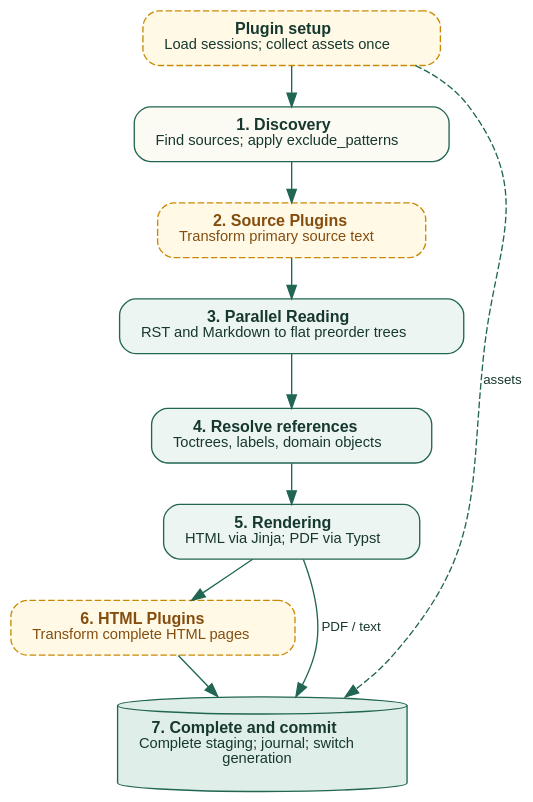
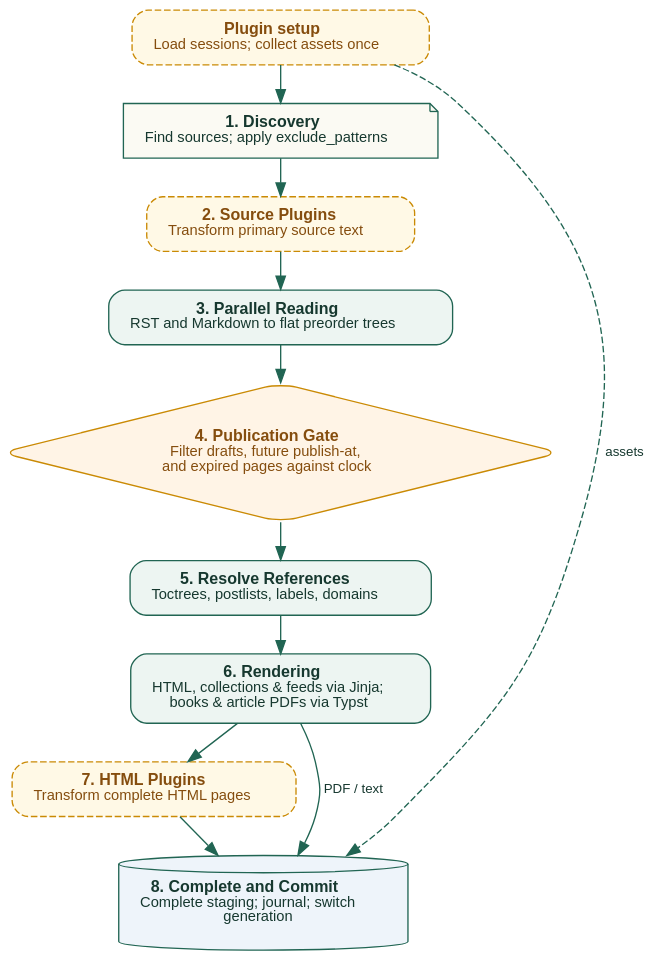
The diagram in docs/manual/topics/projects.rst (insanai/guidedog), drawn with Graphviz before and after one commit. The commit also changed other lines of this file and 12 other files, not shown here.

Commit message:
docs: expand manual reference, guides and diagrams for static publishing

```diff
--- a/docs/manual/topics/projects.rst
+++ b/docs/manual/topics/projects.rst
@@ -9,25 +9,26 @@
 .. graphviz::
    :class: graphviz-adaptive
-   :caption: Guidedog's end-to-end documentation compilation pipeline.
-   :alt: Pipeline traverses discovery, source plugins, parallel reading, reference resolution, rendering, HTML plugins, and atomic staging.
+   :caption: Guidedog's end-to-end documentation and static site compilation pipeline.
+   :alt: Pipeline traverses discovery, source plugins, parallel reading, publication gate, reference resolution, rendering, HTML plugins, and atomic staging.
 
    digraph project_pipeline {
-     graph [rankdir=TB, bgcolor="transparent", pad="0.3", nodesep="0.4", ranksep="0.4"];
+     graph [rankdir=TB, bgcolor="transparent", pad="0.3", nodesep="0.4", ranksep="0.38"];
      node [shape=box, style="rounded,filled", fillcolor="#edf5f2",
            color="#216553", fontname="Helvetica", fontcolor="#16382f", fontsize=12, margin="0.22,0.12"];
      edge [color="#216553", fontname="Helvetica", fontcolor="#16382f", fontsize=10];
 
-     setup [class="gd-plugin", label=<<B>Plugin setup</B><BR/><FONT POINT-SIZE="11">Load sessions; collect assets once</FONT>>, style="rounded,dashed,filled", fillcolor="#fff9e6", color="#ca8a04"];
-     discover [class="gd-input", label=<<B>1. Discovery</B><BR/><FONT POINT-SIZE="11">Find sources; apply exclude_patterns</FONT>>, fillcolor="#fbfaf3"];
+     setup [class="gd-plugin", label=<<B>Plugin setup</B><BR/><FONT POINT-SIZE="11">Load sessions; collect assets once</FONT>>, style="rounded,dashed,filled", fillcolor="#fff9e6", color="#ca8a04", fontcolor="#854d0e"];
+     discover [class="gd-input", shape=note, label=<<B>1. Discovery</B><BR/><FONT POINT-SIZE="11">Find sources; apply exclude_patterns</FONT>>, fillcolor="#fbfaf3"];
      source_hook [class="gd-plugin", label=<<B>2. Source Plugins</B><BR/><FONT POINT-SIZE="11">Transform primary source text</FONT>>, style="rounded,dashed,filled", fillcolor="#fff9e6", color="#ca8a04", fontcolor="#854d0e"];
      parse [label=<<B>3. Parallel Reading</B><BR/><FONT POINT-SIZE="11">RST and Markdown to flat preorder trees</FONT>>, fillcolor="#edf5f2"];
-     resolve [label=<<B>4. Resolve references</B><BR/><FONT POINT-SIZE="11">Toctrees, labels, domain objects</FONT>>, fillcolor="#edf5f2"];
-     render [label=<<B>5. Rendering</B><BR/><FONT POINT-SIZE="11">HTML via Jinja; PDF via Typst</FONT>>, fillcolor="#edf5f2"];
-     html_hook [class="gd-plugin", label=<<B>6. HTML Plugins</B><BR/><FONT POINT-SIZE="11">Transform complete HTML pages</FONT>>, style="rounded,dashed,filled", fillcolor="#fff9e6", color="#ca8a04", fontcolor="#854d0e"];
-     stage [label=<<B>7. Complete and commit</B><BR/><FONT POINT-SIZE="11">Complete staging; journal; switch<BR/>generation</FONT>>, shape=cylinder, fillcolor="#e0eee9"];
+     gate [class="gd-choice", shape=diamond, label=<<B>4. Publication Gate</B><BR/><FONT POINT-SIZE="11">Filter drafts, future publish-at,<BR/>and expired pages against clock</FONT>>, fillcolor="#fff4e6", color="#ca8a04", fontcolor="#854d0e"];
+     resolve [label=<<B>5. Resolve References</B><BR/><FONT POINT-SIZE="11">Toctrees, postlists, labels, domains</FONT>>, fillcolor="#edf5f2"];
+     render [label=<<B>6. Rendering</B><BR/><FONT POINT-SIZE="11">HTML, collections &amp; feeds via Jinja;<BR/>books &amp; article PDFs via Typst</FONT>>, fillcolor="#edf5f2"];
+     html_hook [class="gd-plugin", label=<<B>7. HTML Plugins</B><BR/><FONT POINT-SIZE="11">Transform complete HTML pages</FONT>>, style="rounded,dashed,filled", fillcolor="#fff9e6", color="#ca8a04", fontcolor="#854d0e"];
+     stage [class="gd-output", label=<<B>8. Complete and Commit</B><BR/><FONT POINT-SIZE="11">Complete staging; journal; switch<BR/>generation</FONT>>, shape=cylinder, fillcolor="#eef4fa"];
 
-     setup -> discover -> source_hook -> parse -> resolve -> render;
+     setup -> discover -> source_hook -> parse -> gate -> resolve -> render;
      render -> html_hook -> stage;
      render -> stage [label="PDF / text"];
      setup -> stage [style=dashed, label="assets", constraint=false];
    }
```
